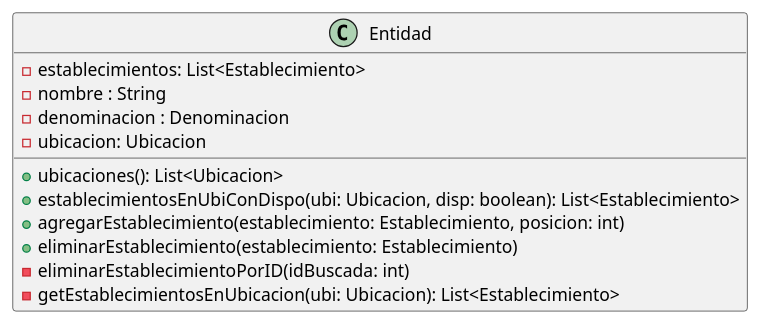
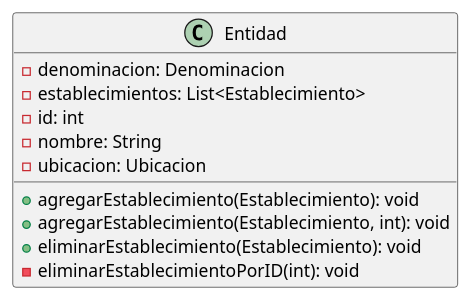
One commit to mbertogliati/dds-tpa changed the diagram in DC/E3/domain/entidades/Entidad.puml. Above: the diagram before and after it, drawn with PlantUML. The commit also changed 69 other files, not shown here.

Commit message:
Completo la estructura de (casi) todas las clases en el diagrama de clases (ver E3_COMPLETO.puml). Agregue tambien varios TODO con cosas para decidir.

```diff
--- a/DC/E3/domain/entidades/Entidad.puml
+++ b/DC/E3/domain/entidades/Entidad.puml
@@ -1,18 +1,18 @@
 @startuml
-'https://plantuml.com/class-diagram
 
-class Entidad{
-    - establecimientos: List<Establecimiento>
-    - nombre : String
-    - denominacion : Denominacion
-    - ubicacion: Ubicacion
+skinparam linetype ortho
 
-    +ubicaciones(): List<Ubicacion>
-    +establecimientosEnUbiConDispo(ubi: Ubicacion, disp: boolean): List<Establecimiento>
-    +agregarEstablecimiento(establecimiento: Establecimiento, posicion: int)
-    +eliminarEstablecimiento(establecimiento: Establecimiento)
-    -eliminarEstablecimientoPorID(idBuscada: int)
-    -getEstablecimientosEnUbicacion(ubi: Ubicacion): List<Establecimiento>
+class Entidad {
+  - denominacion: Denominacion
+  - establecimientos: List<Establecimiento>
+  - id: int
+  - nombre: String
+  - ubicacion: Ubicacion
+
+  + agregarEstablecimiento(Establecimiento): void
+  + agregarEstablecimiento(Establecimiento, int): void
+  + eliminarEstablecimiento(Establecimiento): void
+  - eliminarEstablecimientoPorID(int): void
 }
 
 @enduml
```
